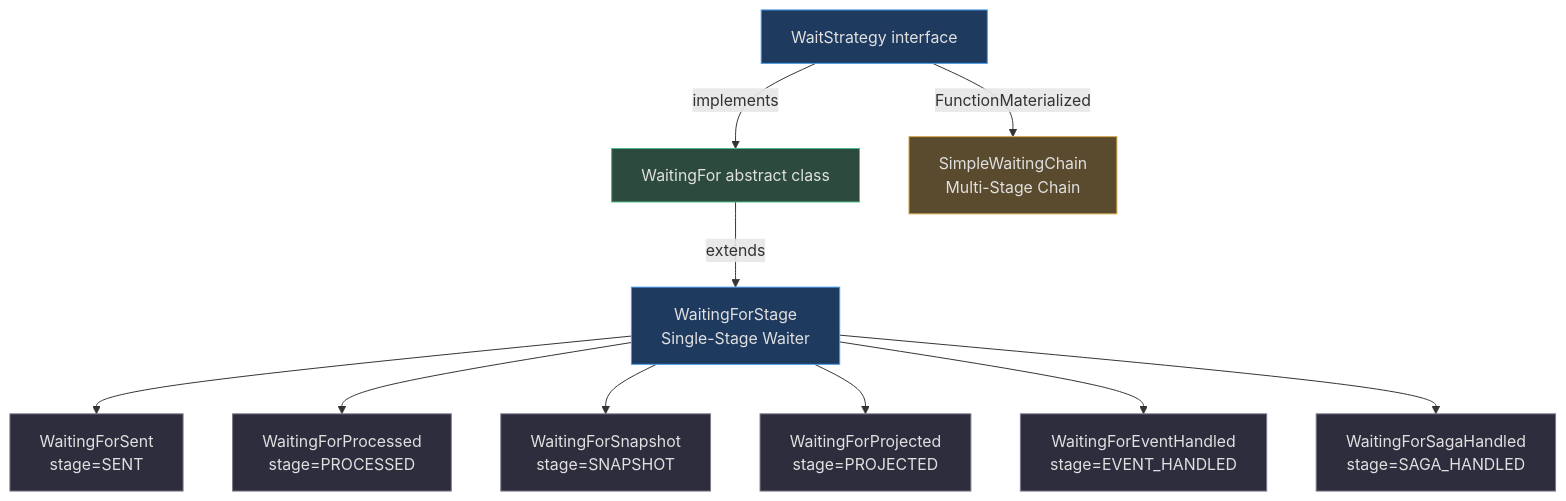
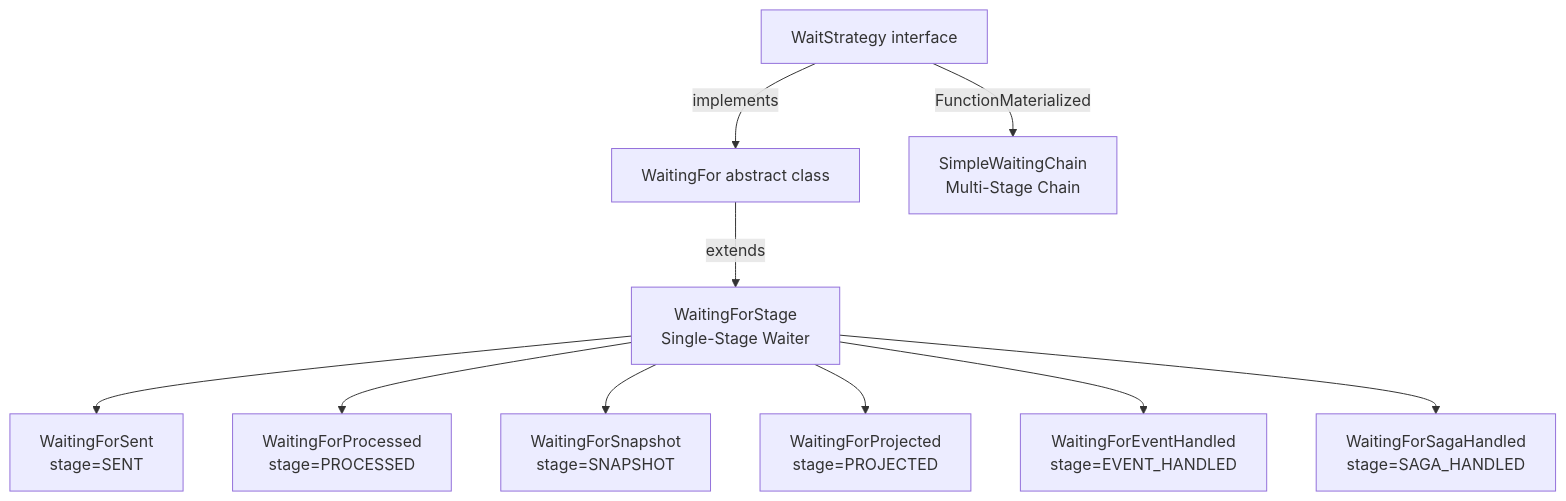
One commit to Ahoo-Wang/Wow changed the fourth of 4 diagrams in documentation/docs/en/deep-dive/architecture/command-bus.md. Above: the diagram before and after it, drawn with Mermaid. The commit also changed other lines of this file and 32 other files, not shown here.

Commit message:
docs: remove unsupported style/classDef directives from stateDiagram-v2 Mermaid blocks

````diff
--- a/documentation/docs/en/deep-dive/architecture/command-bus.md
+++ b/documentation/docs/en/deep-dive/architecture/command-bus.md
@@ -255,36 +245,26 @@
 ```mermaid
 graph TB
     WS[WaitStrategy interface]
     WF[WaitingFor abstract class]
     WFS[WaitingForStage<br>Single-Stage Waiter]
     SC[SimpleWaitingChain<br>Multi-Stage Chain]
 
     WS -->|implements| WF
     WF -->|extends| WFS
     WS -->|FunctionMaterialized| SC
 
     WFS_SENT[WaitingForSent<br>stage=SENT]
     WFS_PROC[WaitingForProcessed<br>stage=PROCESSED]
     WFS_SNAP[WaitingForSnapshot<br>stage=SNAPSHOT]
     WFS_PROJ[WaitingForProjected<br>stage=PROJECTED]
     WFS_EH[WaitingForEventHandled<br>stage=EVENT_HANDLED]
     WFS_SH[WaitingForSagaHandled<br>stage=SAGA_HANDLED]
 
     WFS --> WFS_SENT
     WFS --> WFS_PROC
     WFS --> WFS_SNAP
     WFS --> WFS_PROJ
     WFS --> WFS_EH
     WFS --> WFS_SH
 
-    style WS fill:#1e3a5f,stroke:#4a9eed,color:#e0e0e0
-    style WF fill:#2d4a3e,stroke:#4aba8a,color:#e0e0e0
-    style WFS fill:#1e3a5f,stroke:#4a9eed,color:#e0e0e0
-    style SC fill:#5a4a2e,stroke:#d4a84b,color:#e0e0e0
-    style WFS_SENT fill:#2d2d3d,stroke:#7a7a8a,color:#e0e0e0
-    style WFS_PROC fill:#2d2d3d,stroke:#7a7a8a,color:#e0e0e0
-    style WFS_SNAP fill:#2d2d3d,stroke:#7a7a8a,color:#e0e0e0
-    style WFS_PROJ fill:#2d2d3d,stroke:#7a7a8a,color:#e0e0e0
-    style WFS_EH fill:#2d2d3d,stroke:#7a7a8a,color:#e0e0e0
-    style WFS_SH fill:#2d2d3d,stroke:#7a7a8a,color:#e0e0e0
 ```
````
